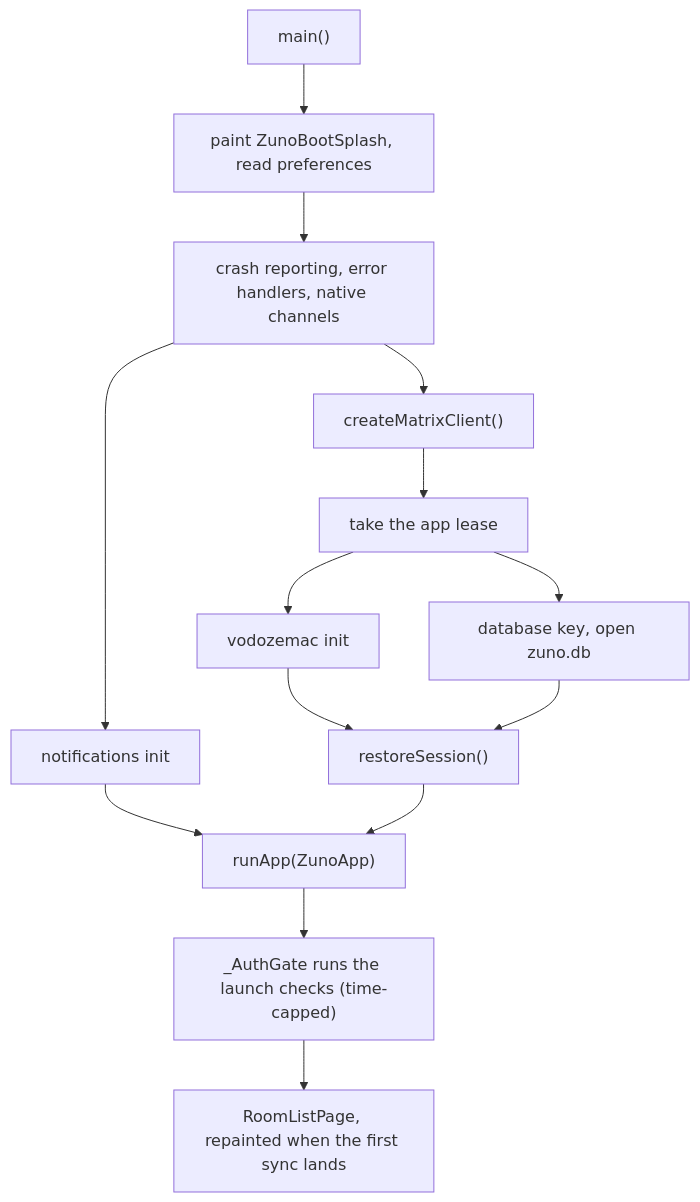
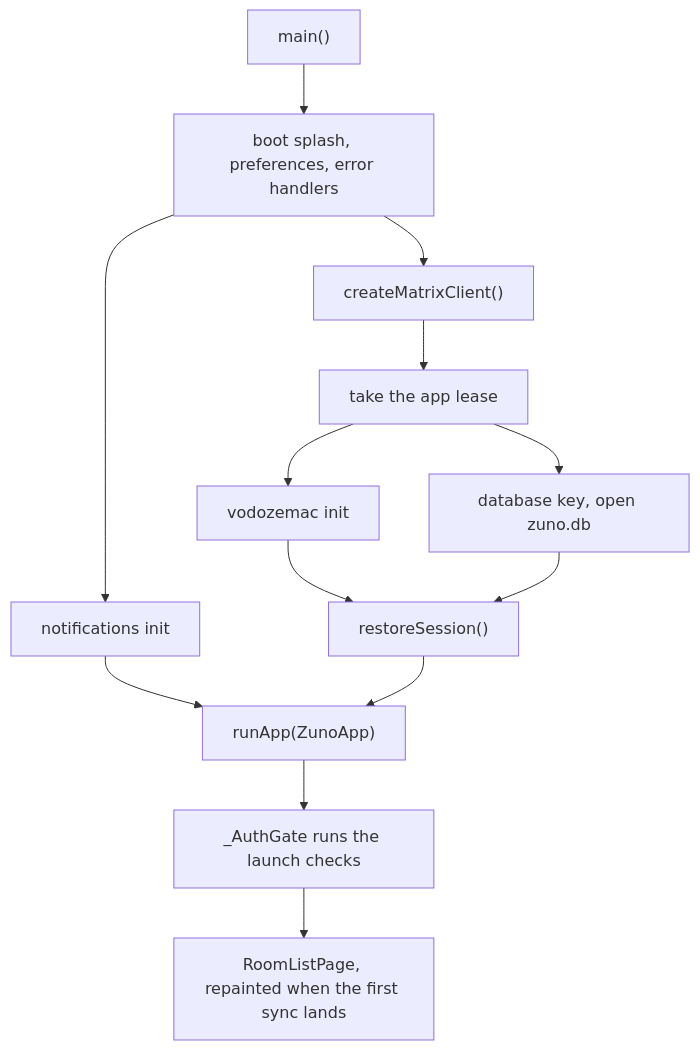
The first of 3 diagrams in docs/features/app-foundation.md (Zuno-Chat/zuno-chat), drawn with Mermaid before and after one commit. The commit also changed other lines of this file and 17 other files, not shown here.

Commit message:
docs: tighten feature and decision docs for a first-time reader

````diff
--- a/docs/features/app-foundation.md
+++ b/docs/features/app-foundation.md
@@ -27,16 +24,15 @@
 ```mermaid
 flowchart TD
-  A["main()"] --> B["paint ZunoBootSplash, read preferences"]
-  B --> C["crash reporting, error handlers, native channels"]
-  C --> D["notifications init"]
-  C --> E["createMatrixClient()"]
-  E --> F["take the app lease"]
-  F --> G["vodozemac init"]
-  F --> H["database key, open zuno.db"]
-  G --> I["restoreSession()"]
+  A["main()"] --> B["boot splash, preferences, error handlers"]
+  B --> C["notifications init"]
+  B --> D["createMatrixClient()"]
+  D --> E["take the app lease"]
+  E --> F["vodozemac init"]
+  E --> G["database key, open zuno.db"]
+  F --> H["restoreSession()"]
+  G --> H
+  C --> I["runApp(ZunoApp)"]
   H --> I
-  D --> J["runApp(ZunoApp)"]
-  I --> J
-  J --> K["_AuthGate runs the launch checks (time-capped)"]
-  K --> L["RoomListPage, repainted when the first sync lands"]
+  I --> J["_AuthGate runs the launch checks"]
+  J --> K["RoomListPage, repainted when the first sync lands"]
 ```
````
